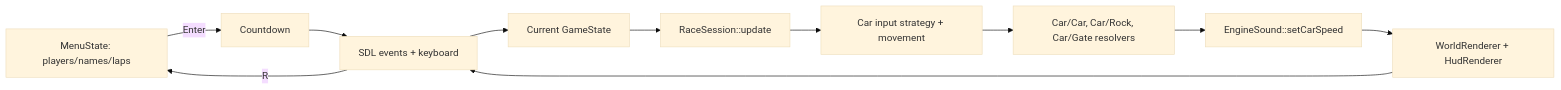
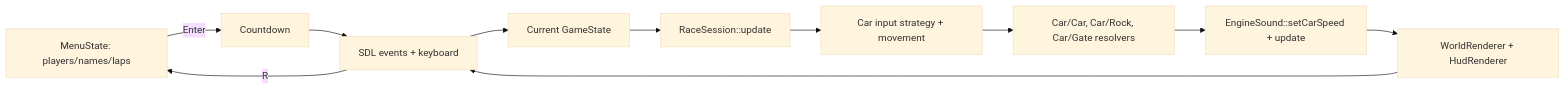
The diagram in README.md (FrancescoG74/miniCar), drawn with Mermaid (base theme) before and after one commit. The commit also changed other lines of this file and 6 other files, not shown here.

````diff
--- a/README.md
+++ b/README.md
@@ -58,13 +64,13 @@
 ```mermaid
 flowchart LR
   Menu[MenuState: players/names/laps] -->|Enter| Countdown
   Countdown --> Events[SDL events + keyboard]
   Events --> GameState[Current GameState]
   GameState --> RaceUpdate[RaceSession::update]
   RaceUpdate --> Cars[Car input strategy + movement]
   Cars --> Collisions[Car/Car, Car/Rock, Car/Gate resolvers]
-  Collisions --> Audio[EngineSound::setCarSpeed]
+  Collisions --> Audio[EngineSound::setCarSpeed + update]
   Audio --> Render[WorldRenderer + HudRenderer]
   Render --> Events
   Events -->|R| Menu
 ```
````
